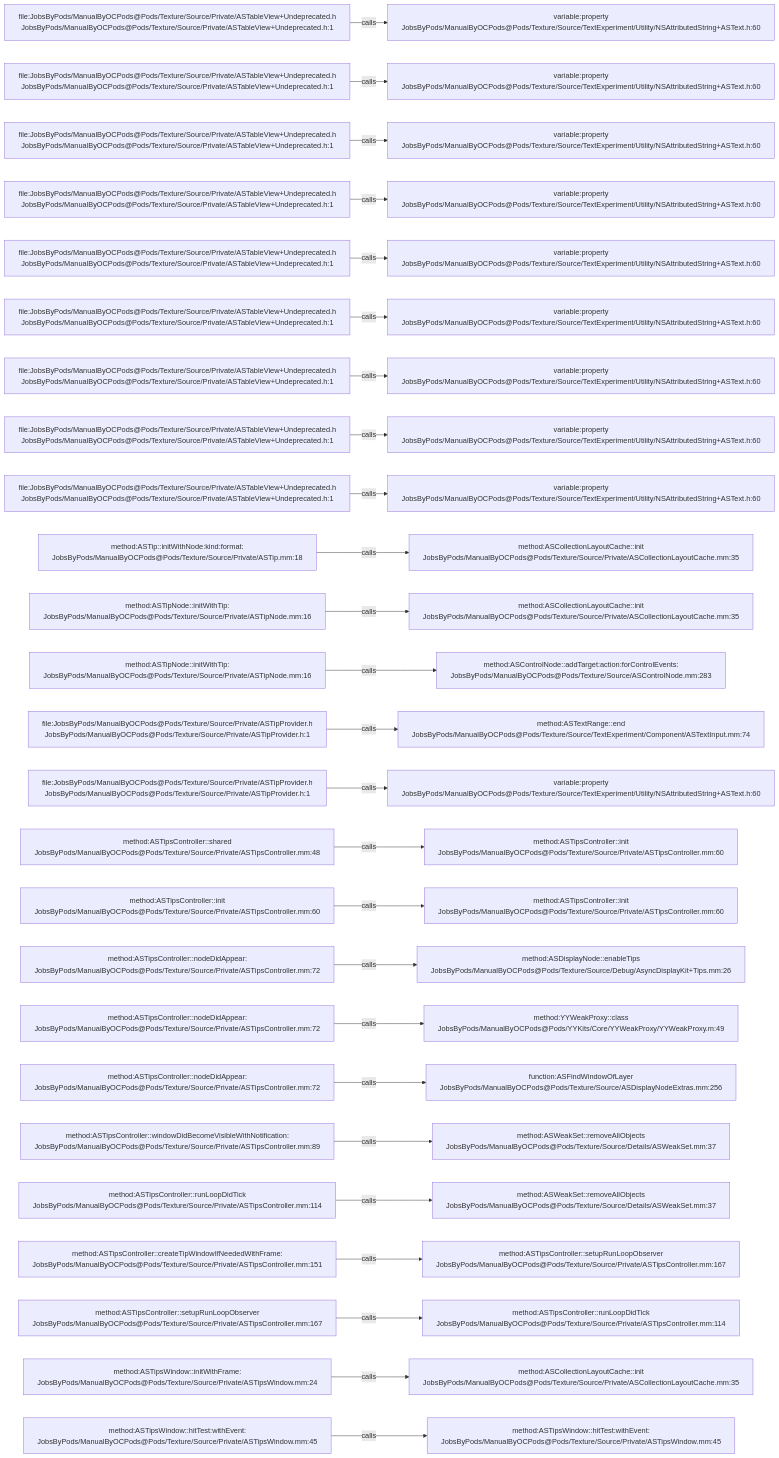
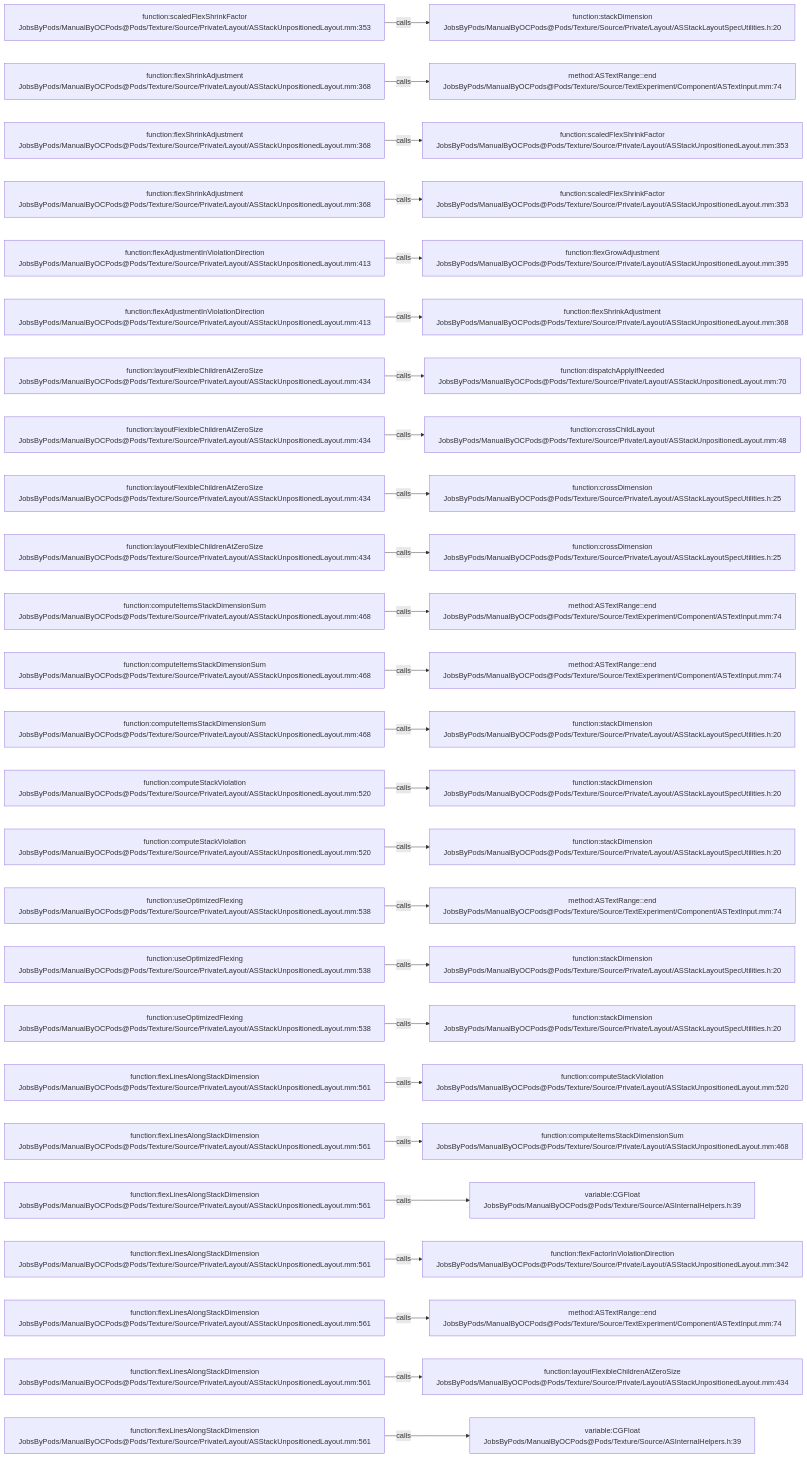
Before and after one commit to JobsKits/JobsOCBaseConfigDemo: the diagram in .codegraph/codegraph.md/graphs/calls-193.md, drawn with Mermaid. The commit also changed 1353 other files, not shown here.

````diff
--- a/.codegraph/codegraph.md/graphs/calls-193.md
+++ b/.codegraph/codegraph.md/graphs/calls-193.md
@@ -13,78 +13,78 @@
 ```mermaid
 flowchart LR
-  S1["file:JobsByPods/ManualByOCPods@Pods/Texture/Source/Private/ASTableView+Undeprecated.h<br/>JobsByPods/ManualByOCPods@Pods/Texture/Source/Private/ASTableView+Undeprecated.h:1"]
-  T1["variable:property<br/>JobsByPods/ManualByOCPods@Pods/Texture/Source/TextExperiment/Utility/NSAttributedString+ASText.h:60"]
+  S1["function:scaledFlexShrinkFactor<br/>JobsByPods/ManualByOCPods@Pods/Texture/Source/Private/Layout/ASStackUnpositionedLayout.mm:353"]
+  T1["function:stackDimension<br/>JobsByPods/ManualByOCPods@Pods/Texture/Source/Private/Layout/ASStackLayoutSpecUtilities.h:20"]
   S1 -->|calls| T1
-  S2["file:JobsByPods/ManualByOCPods@Pods/Texture/Source/Private/ASTableView+Undeprecated.h<br/>JobsByPods/ManualByOCPods@Pods/Texture/Source/Private/ASTableView+Undeprecated.h:1"]
-  T2["variable:property<br/>JobsByPods/ManualByOCPods@Pods/Texture/Source/TextExperiment/Utility/NSAttributedString+ASText.h:60"]
+  S2["function:flexShrinkAdjustment<br/>JobsByPods/ManualByOCPods@Pods/Texture/Source/Private/Layout/ASStackUnpositionedLayout.mm:368"]
+  T2["method:ASTextRange::end<br/>JobsByPods/ManualByOCPods@Pods/Texture/Source/TextExperiment/Component/ASTextInput.mm:74"]
   S2 -->|calls| T2
-  S3["file:JobsByPods/ManualByOCPods@Pods/Texture/Source/Private/ASTableView+Undeprecated.h<br/>JobsByPods/ManualByOCPods@Pods/Texture/Source/Private/ASTableView+Undeprecated.h:1"]
-  T3["variable:property<br/>JobsByPods/ManualByOCPods@Pods/Texture/Source/TextExperiment/Utility/NSAttributedString+ASText.h:60"]
+  S3["function:flexShrinkAdjustment<br/>JobsByPods/ManualByOCPods@Pods/Texture/Source/Private/Layout/ASStackUnpositionedLayout.mm:368"]
+  T3["function:scaledFlexShrinkFactor<br/>JobsByPods/ManualByOCPods@Pods/Texture/Source/Private/Layout/ASStackUnpositionedLayout.mm:353"]
   S3 -->|calls| T3
-  S4["file:JobsByPods/ManualByOCPods@Pods/Texture/Source/Private/ASTableView+Undeprecated.h<br/>JobsByPods/ManualByOCPods@Pods/Texture/Source/Private/ASTableView+Undeprecated.h:1"]
-  T4["variable:property<br/>JobsByPods/ManualByOCPods@Pods/Texture/Source/TextExperiment/Utility/NSAttributedString+ASText.h:60"]
+  S4["function:flexShrinkAdjustment<br/>JobsByPods/ManualByOCPods@Pods/Texture/Source/Private/Layout/ASStackUnpositionedLayout.mm:368"]
+  T4["function:scaledFlexShrinkFactor<br/>JobsByPods/ManualByOCPods@Pods/Texture/Source/Private/Layout/ASStackUnpositionedLayout.mm:353"]
   S4 -->|calls| T4
-  S5["file:JobsByPods/ManualByOCPods@Pods/Texture/Source/Private/ASTableView+Undeprecated.h<br/>JobsByPods/ManualByOCPods@Pods/Texture/Source/Private/ASTableView+Undeprecated.h:1"]
-  T5["variable:property<br/>JobsByPods/ManualByOCPods@Pods/Texture/Source/TextExperiment/Utility/NSAttributedString+ASText.h:60"]
+  S5["function:flexAdjustmentInViolationDirection<br/>JobsByPods/ManualByOCPods@Pods/Texture/Source/Private/Layout/ASStackUnpositionedLayout.mm:413"]
+  T5["function:flexGrowAdjustment<br/>JobsByPods/ManualByOCPods@Pods/Texture/Source/Private/Layout/ASStackUnpositionedLayout.mm:395"]
   S5 -->|calls| T5
-  S6["file:JobsByPods/ManualByOCPods@Pods/Texture/Source/Private/ASTableView+Undeprecated.h<br/>JobsByPods/ManualByOCPods@Pods/Texture/Source/Private/ASTableView+Undeprecated.h:1"]
-  T6["variable:property<br/>JobsByPods/ManualByOCPods@Pods/Texture/Source/TextExperiment/Utility/NSAttributedString+ASText.h:60"]
+  S6["function:flexAdjustmentInViolationDirection<br/>JobsByPods/ManualByOCPods@Pods/Texture/Source/Private/Layout/ASStackUnpositionedLayout.mm:413"]
+  T6["function:flexShrinkAdjustment<br/>JobsByPods/ManualByOCPods@Pods/Texture/Source/Private/Layout/ASStackUnpositionedLayout.mm:368"]
   S6 -->|calls| T6
-  S7["file:JobsByPods/ManualByOCPods@Pods/Texture/Source/Private/ASTableView+Undeprecated.h<br/>JobsByPods/ManualByOCPods@Pods/Texture/Source/Private/ASTableView+Undeprecated.h:1"]
-  T7["variable:property<br/>JobsByPods/ManualByOCPods@Pods/Texture/Source/TextExperiment/Utility/NSAttributedString+ASText.h:60"]
+  S7["function:layoutFlexibleChildrenAtZeroSize<br/>JobsByPods/ManualByOCPods@Pods/Texture/Source/Private/Layout/ASStackUnpositionedLayout.mm:434"]
+  T7["function:dispatchApplyIfNeeded<br/>JobsByPods/ManualByOCPods@Pods/Texture/Source/Private/Layout/ASStackUnpositionedLayout.mm:70"]
   S7 -->|calls| T7
-  S8["file:JobsByPods/ManualByOCPods@Pods/Texture/Source/Private/ASTableView+Undeprecated.h<br/>JobsByPods/ManualByOCPods@Pods/Texture/Source/Private/ASTableView+Undeprecated.h:1"]
-  T8["variable:property<br/>JobsByPods/ManualByOCPods@Pods/Texture/Source/TextExperiment/Utility/NSAttributedString+ASText.h:60"]
+  S8["function:layoutFlexibleChildrenAtZeroSize<br/>JobsByPods/ManualByOCPods@Pods/Texture/Source/Private/Layout/ASStackUnpositionedLayout.mm:434"]
+  T8["function:crossChildLayout<br/>JobsByPods/ManualByOCPods@Pods/Texture/Source/Private/Layout/ASStackUnpositionedLayout.mm:48"]
   S8 -->|calls| T8
-  S9["file:JobsByPods/ManualByOCPods@Pods/Texture/Source/Private/ASTableView+Undeprecated.h<br/>JobsByPods/ManualByOCPods@Pods/Texture/Source/Private/ASTableView+Undeprecated.h:1"]
-  T9["variable:property<br/>JobsByPods/ManualByOCPods@Pods/Texture/Source/TextExperiment/Utility/NSAttributedString+ASText.h:60"]
+  S9["function:layoutFlexibleChildrenAtZeroSize<br/>JobsByPods/ManualByOCPods@Pods/Texture/Source/Private/Layout/ASStackUnpositionedLayout.mm:434"]
+  T9["function:crossDimension<br/>JobsByPods/ManualByOCPods@Pods/Texture/Source/Private/Layout/ASStackLayoutSpecUtilities.h:25"]
   S9 -->|calls| T9
-  S10["method:ASTip::initWithNode:kind:format:<br/>JobsByPods/ManualByOCPods@Pods/Texture/Source/Private/ASTip.mm:18"]
-  T10["method:ASCollectionLayoutCache::init<br/>JobsByPods/ManualByOCPods@Pods/Texture/Source/Private/ASCollectionLayoutCache.mm:35"]
+  S10["function:layoutFlexibleChildrenAtZeroSize<br/>JobsByPods/ManualByOCPods@Pods/Texture/Source/Private/Layout/ASStackUnpositionedLayout.mm:434"]
+  T10["function:crossDimension<br/>JobsByPods/ManualByOCPods@Pods/Texture/Source/Private/Layout/ASStackLayoutSpecUtilities.h:25"]
   S10 -->|calls| T10
-  S11["method:ASTipNode::initWithTip:<br/>JobsByPods/ManualByOCPods@Pods/Texture/Source/Private/ASTipNode.mm:16"]
-  T11["method:ASCollectionLayoutCache::init<br/>JobsByPods/ManualByOCPods@Pods/Texture/Source/Private/ASCollectionLayoutCache.mm:35"]
+  S11["function:computeItemsStackDimensionSum<br/>JobsByPods/ManualByOCPods@Pods/Texture/Source/Private/Layout/ASStackUnpositionedLayout.mm:468"]
+  T11["method:ASTextRange::end<br/>JobsByPods/ManualByOCPods@Pods/Texture/Source/TextExperiment/Component/ASTextInput.mm:74"]
   S11 -->|calls| T11
-  S12["method:ASTipNode::initWithTip:<br/>JobsByPods/ManualByOCPods@Pods/Texture/Source/Private/ASTipNode.mm:16"]
-  T12["method:ASControlNode::addTarget:action:forControlEvents:<br/>JobsByPods/ManualByOCPods@Pods/Texture/Source/ASControlNode.mm:283"]
+  S12["function:computeItemsStackDimensionSum<br/>JobsByPods/ManualByOCPods@Pods/Texture/Source/Private/Layout/ASStackUnpositionedLayout.mm:468"]
+  T12["method:ASTextRange::end<br/>JobsByPods/ManualByOCPods@Pods/Texture/Source/TextExperiment/Component/ASTextInput.mm:74"]
   S12 -->|calls| T12
-  S13["file:JobsByPods/ManualByOCPods@Pods/Texture/Source/Private/ASTipProvider.h<br/>JobsByPods/ManualByOCPods@Pods/Texture/Source/Private/ASTipProvider.h:1"]
-  T13["method:ASTextRange::end<br/>JobsByPods/ManualByOCPods@Pods/Texture/Source/TextExperiment/Component/ASTextInput.mm:74"]
+  S13["function:computeItemsStackDimensionSum<br/>JobsByPods/ManualByOCPods@Pods/Texture/Source/Private/Layout/ASStackUnpositionedLayout.mm:468"]
+  T13["function:stackDimension<br/>JobsByPods/ManualByOCPods@Pods/Texture/Source/Private/Layout/ASStackLayoutSpecUtilities.h:20"]
   S13 -->|calls| T13
-  S14["file:JobsByPods/ManualByOCPods@Pods/Texture/Source/Private/ASTipProvider.h<br/>JobsByPods/ManualByOCPods@Pods/Texture/Source/Private/ASTipProvider.h:1"]
-  T14["variable:property<br/>JobsByPods/ManualByOCPods@Pods/Texture/Source/TextExperiment/Utility/NSAttributedString+ASText.h:60"]
+  S14["function:computeStackViolation<br/>JobsByPods/ManualByOCPods@Pods/Texture/Source/Private/Layout/ASStackUnpositionedLayout.mm:520"]
+  T14["function:stackDimension<br/>JobsByPods/ManualByOCPods@Pods/Texture/Source/Private/Layout/ASStackLayoutSpecUtilities.h:20"]
   S14 -->|calls| T14
-  S15["method:ASTipsController::shared<br/>JobsByPods/ManualByOCPods@Pods/Texture/Source/Private/ASTipsController.mm:48"]
-  T15["method:ASTipsController::init<br/>JobsByPods/ManualByOCPods@Pods/Texture/Source/Private/ASTipsController.mm:60"]
+  S15["function:computeStackViolation<br/>JobsByPods/ManualByOCPods@Pods/Texture/Source/Private/Layout/ASStackUnpositionedLayout.mm:520"]
+  T15["function:stackDimension<br/>JobsByPods/ManualByOCPods@Pods/Texture/Source/Private/Layout/ASStackLayoutSpecUtilities.h:20"]
   S15 -->|calls| T15
-  S16["method:ASTipsController::init<br/>JobsByPods/ManualByOCPods@Pods/Texture/Source/Private/ASTipsController.mm:60"]
-  T16["method:ASTipsController::init<br/>JobsByPods/ManualByOCPods@Pods/Texture/Source/Private/ASTipsController.mm:60"]
+  S16["function:useOptimizedFlexing<br/>JobsByPods/ManualByOCPods@Pods/Texture/Source/Private/Layout/ASStackUnpositionedLayout.mm:538"]
+  T16["method:ASTextRange::end<br/>JobsByPods/ManualByOCPods@Pods/Texture/Source/TextExperiment/Component/ASTextInput.mm:74"]
   S16 -->|calls| T16
-  S17["method:ASTipsController::nodeDidAppear:<br/>JobsByPods/ManualByOCPods@Pods/Texture/Source/Private/ASTipsController.mm:72"]
-  T17["method:ASDisplayNode::enableTips<br/>JobsByPods/ManualByOCPods@Pods/Texture/Source/Debug/AsyncDisplayKit+Tips.mm:26"]
+  S17["function:useOptimizedFlexing<br/>JobsByPods/ManualByOCPods@Pods/Texture/Source/Private/Layout/ASStackUnpositionedLayout.mm:538"]
+  T17["function:stackDimension<br/>JobsByPods/ManualByOCPods@Pods/Texture/Source/Private/Layout/ASStackLayoutSpecUtilities.h:20"]
   S17 -->|calls| T17
-  S18["method:ASTipsController::nodeDidAppear:<br/>JobsByPods/ManualByOCPods@Pods/Texture/Source/Private/ASTipsController.mm:72"]
-  T18["method:YYWeakProxy::class<br/>JobsByPods/ManualByOCPods@Pods/YYKits/Core/YYWeakProxy/YYWeakProxy.m:49"]
+  S18["function:useOptimizedFlexing<br/>JobsByPods/ManualByOCPods@Pods/Texture/Source/Private/Layout/ASStackUnpositionedLayout.mm:538"]
+  T18["function:stackDimension<br/>JobsByPods/ManualByOCPods@Pods/Texture/Source/Private/Layout/ASStackLayoutSpecUtilities.h:20"]
   S18 -->|calls| T18
-  S19["method:ASTipsController::nodeDidAppear:<br/>JobsByPods/ManualByOCPods@Pods/Texture/Source/Private/ASTipsController.mm:72"]
-  T19["function:ASFindWindowOfLayer<br/>JobsByPods/ManualByOCPods@Pods/Texture/Source/ASDisplayNodeExtras.mm:256"]
+  S19["function:flexLinesAlongStackDimension<br/>JobsByPods/ManualByOCPods@Pods/Texture/Source/Private/Layout/ASStackUnpositionedLayout.mm:561"]
+  T19["function:computeStackViolation<br/>JobsByPods/ManualByOCPods@Pods/Texture/Source/Private/Layout/ASStackUnpositionedLayout.mm:520"]
   S19 -->|calls| T19
-  S20["method:ASTipsController::windowDidBecomeVisibleWithNotification:<br/>JobsByPods/ManualByOCPods@Pods/Texture/Source/Private/ASTipsController.mm:89"]
-  T20["method:ASWeakSet::removeAllObjects<br/>JobsByPods/ManualByOCPods@Pods/Texture/Source/Details/ASWeakSet.mm:37"]
+  S20["function:flexLinesAlongStackDimension<br/>JobsByPods/ManualByOCPods@Pods/Texture/Source/Private/Layout/ASStackUnpositionedLayout.mm:561"]
+  T20["function:computeItemsStackDimensionSum<br/>JobsByPods/ManualByOCPods@Pods/Texture/Source/Private/Layout/ASStackUnpositionedLayout.mm:468"]
   S20 -->|calls| T20
-  S21["method:ASTipsController::runLoopDidTick<br/>JobsByPods/ManualByOCPods@Pods/Texture/Source/Private/ASTipsController.mm:114"]
-  T21["method:ASWeakSet::removeAllObjects<br/>JobsByPods/ManualByOCPods@Pods/Texture/Source/Details/ASWeakSet.mm:37"]
+  S21["function:flexLinesAlongStackDimension<br/>JobsByPods/ManualByOCPods@Pods/Texture/Source/Private/Layout/ASStackUnpositionedLayout.mm:561"]
+  T21["variable:CGFloat<br/>JobsByPods/ManualByOCPods@Pods/Texture/Source/ASInternalHelpers.h:39"]
   S21 -->|calls| T21
-  S22["method:ASTipsController::createTipWindowIfNeededWithFrame:<br/>JobsByPods/ManualByOCPods@Pods/Texture/Source/Private/ASTipsController.mm:151"]
-  T22["method:ASTipsController::setupRunLoopObserver<br/>JobsByPods/ManualByOCPods@Pods/Texture/Source/Private/ASTipsController.mm:167"]
+  S22["function:flexLinesAlongStackDimension<br/>JobsByPods/ManualByOCPods@Pods/Texture/Source/Private/Layout/ASStackUnpositionedLayout.mm:561"]
+  T22["function:flexFactorInViolationDirection<br/>JobsByPods/ManualByOCPods@Pods/Texture/Source/Private/Layout/ASStackUnpositionedLayout.mm:342"]
   S22 -->|calls| T22
-  S23["method:ASTipsController::setupRunLoopObserver<br/>JobsByPods/ManualByOCPods@Pods/Texture/Source/Private/ASTipsController.mm:167"]
-  T23["method:ASTipsController::runLoopDidTick<br/>JobsByPods/ManualByOCPods@Pods/Texture/Source/Private/ASTipsController.mm:114"]
+  S23["function:flexLinesAlongStackDimension<br/>JobsByPods/ManualByOCPods@Pods/Texture/Source/Private/Layout/ASStackUnpositionedLayout.mm:561"]
+  T23["method:ASTextRange::end<br/>JobsByPods/ManualByOCPods@Pods/Texture/Source/TextExperiment/Component/ASTextInput.mm:74"]
   S23 -->|calls| T23
-  S24["method:ASTipsWindow::initWithFrame:<br/>JobsByPods/ManualByOCPods@Pods/Texture/Source/Private/ASTipsWindow.mm:24"]
-  T24["method:ASCollectionLayoutCache::init<br/>JobsByPods/ManualByOCPods@Pods/Texture/Source/Private/ASCollectionLayoutCache.mm:35"]
+  S24["function:flexLinesAlongStackDimension<br/>JobsByPods/ManualByOCPods@Pods/Texture/Source/Private/Layout/ASStackUnpositionedLayout.mm:561"]
+  T24["function:layoutFlexibleChildrenAtZeroSize<br/>JobsByPods/ManualByOCPods@Pods/Texture/Source/Private/Layout/ASStackUnpositionedLayout.mm:434"]
   S24 -->|calls| T24
-  S25["method:ASTipsWindow::hitTest:withEvent:<br/>JobsByPods/ManualByOCPods@Pods/Texture/Source/Private/ASTipsWindow.mm:45"]
-  T25["method:ASTipsWindow::hitTest:withEvent:<br/>JobsByPods/ManualByOCPods@Pods/Texture/Source/Private/ASTipsWindow.mm:45"]
+  S25["function:flexLinesAlongStackDimension<br/>JobsByPods/ManualByOCPods@Pods/Texture/Source/Private/Layout/ASStackUnpositionedLayout.mm:561"]
+  T25["variable:CGFloat<br/>JobsByPods/ManualByOCPods@Pods/Texture/Source/ASInternalHelpers.h:39"]
   S25 -->|calls| T25
 ```
````
